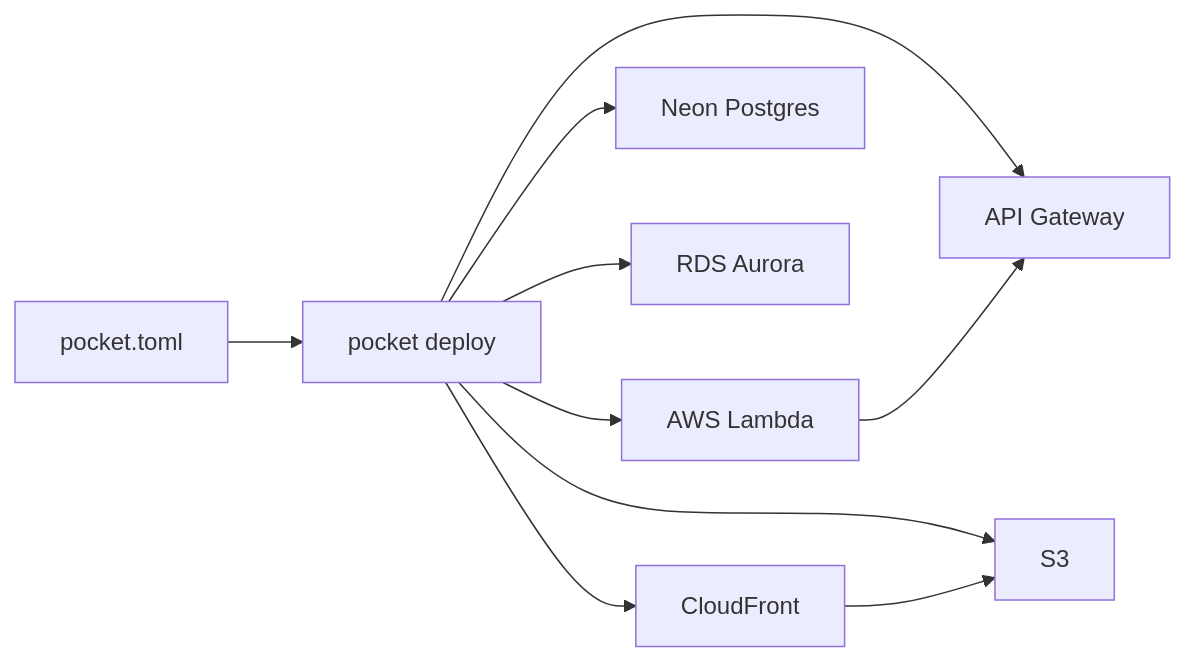
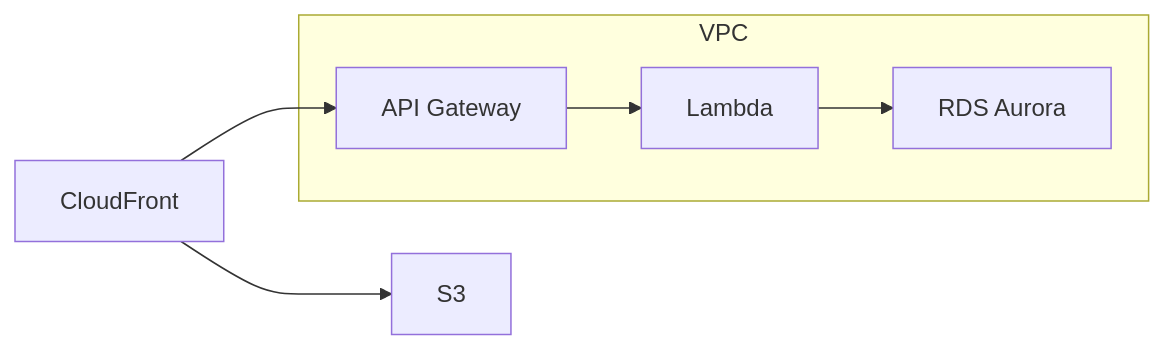
Before and after one commit to worgue/magic-pocket: the second of 2 diagrams in docs/index.md, drawn with Mermaid. The commit also changed other lines of this file and 4 other files, not shown here.

First line of the commit message:
:memo: ドキュメント全体をTiDB・SQS・CloudFront Function対応に更新

````diff
--- a/docs/index.md
+++ b/docs/index.md
@@ -17,12 +75,9 @@
 ```mermaid
 graph LR
-    A[pocket.toml] --> B[pocket deploy]
-    B --> C[AWS Lambda]
-    B --> D[Neon Postgres]
-    B --> D2[RDS Aurora]
-    B --> E[S3]
-    B --> F[API Gateway]
-    B --> G[CloudFront]
-    C --> F
-    G --> E
+    CF[CloudFront] --> S3
+    CF --> APIGW[API Gateway]
+    subgraph VPC
+        APIGW --> Lambda
+        Lambda --> RDS[RDS Aurora]
+    end
 ```
````
